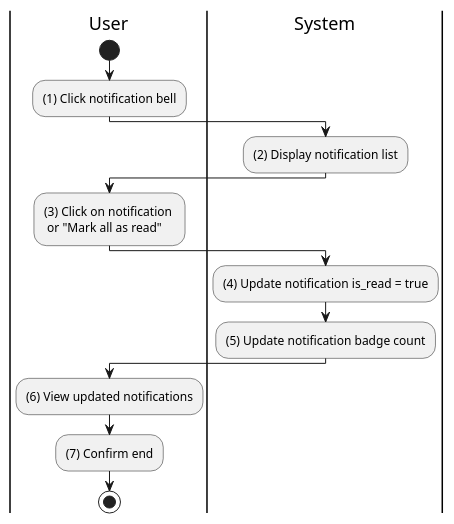
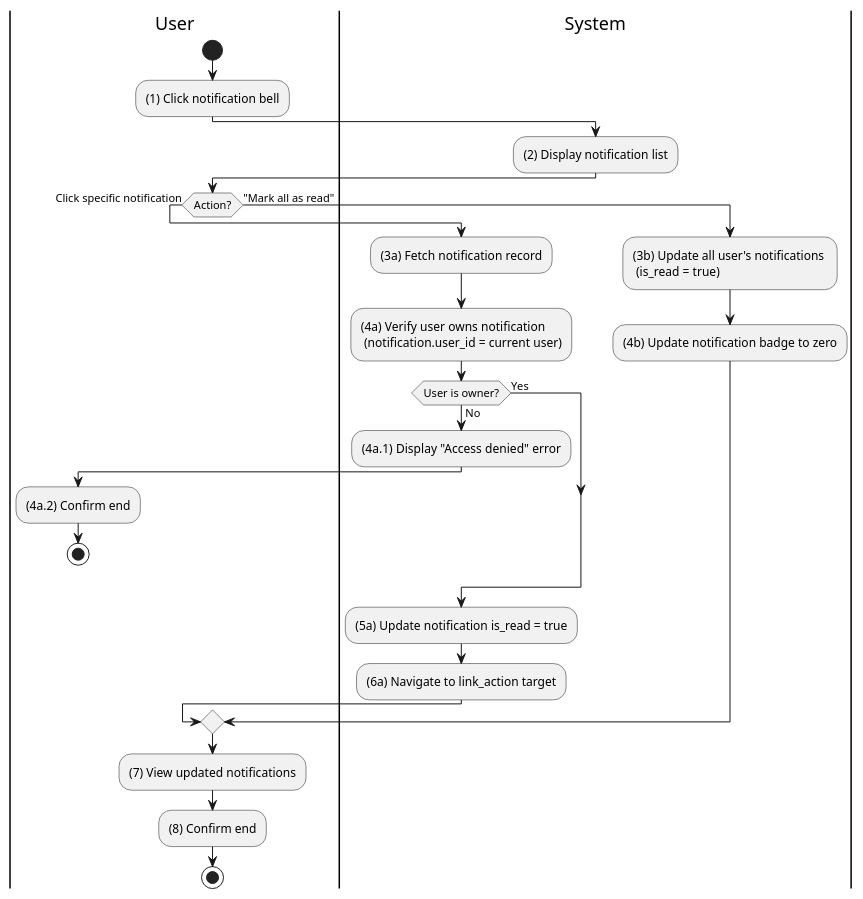
The diagram in docs/docs/activity/notification-management/mark-notification-as-read.md (taskpilot-platform/taskpilot-platform.github.io), drawn with PlantUML before and after one commit. The commit also changed 14 other files, not shown here.

First line of the commit message:
feat(activity): expand batch 2 activity diagrams to ~40-50 lines

````diff
--- a/docs/docs/activity/notification-management/mark-notification-as-read.md
+++ b/docs/docs/activity/notification-management/mark-notification-as-read.md
@@ -3,26 +3,42 @@
 ```plantuml
 @startuml
 |U|User
 |S|System
 
 |U|
 start
 :(1) Click notification bell;
 
 |S|
 :(2) Display notification list;
 
 |U|
-:(3) Click on notification \n or "Mark all as read";
+if (Action?) then (Click specific notification)
+  |S|
+  :(3a) Fetch notification record;
+  :(4a) Verify user owns notification \n (notification.user_id = current user);
 
-|S|
-:(4) Update notification is_read = true;
-:(5) Update notification badge count;
+  if (User is owner?) then (No)
+    :(4a.1) Display "Access denied" error;
+    |U|
+    :(4a.2) Confirm end;
+    stop
+  else (Yes)
+  endif
+
+  |S|
+  :(5a) Update notification is_read = true;
+  :(6a) Navigate to link_action target;
+else ("Mark all as read")
+  |S|
+  :(3b) Update all user's notifications \n (is_read = true);
+  :(4b) Update notification badge to zero;
+endif
 
 |U|
-:(6) View updated notifications;
-:(7) Confirm end;
+:(7) View updated notifications;
+:(8) Confirm end;
 
 stop
 @enduml
 ```
````
